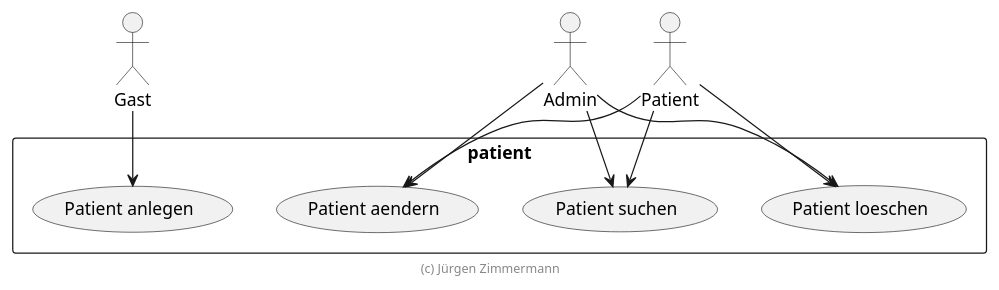
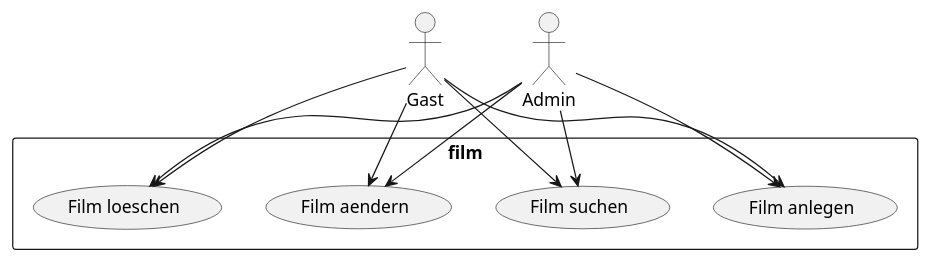
One commit to moritzbsnr/swe-gruppenarbeit changed the diagram in docs/diagramme/src/use-cases.plantuml. Above: the diagram before and after it, drawn with PlantUML. The commit also changed 4 other files, not shown here.

First line of the commit message:
UML und pyproject.toml

```diff
--- a/docs/diagramme/src/use-cases.plantuml
+++ b/docs/diagramme/src/use-cases.plantuml
@@ -18,19 +18,17 @@
 @startuml Use Cases
 
 actor Gast
 actor Admin
-actor Patient
 
-rectangle patient {
-    Gast --> (Patient anlegen)
-    Admin --> (Patient suchen)
-    Admin --> (Patient aendern)
-    Admin --> (Patient loeschen)
-    Patient --> (Patient suchen)
-    Patient --> (Patient aendern)
-    Patient --> (Patient loeschen)
+rectangle film {
+    Gast --> (Film anlegen)
+    Gast --> (Film suchen)
+    Gast --> (Film aendern)
+    Gast --> (Film loeschen)
+    Admin --> (Film anlegen)
+    Admin --> (Film suchen)
+    Admin --> (Film aendern)
+    Admin --> (Film loeschen)
 }
 
-footer (c) Jürgen Zimmermann
-
 @enduml
```
